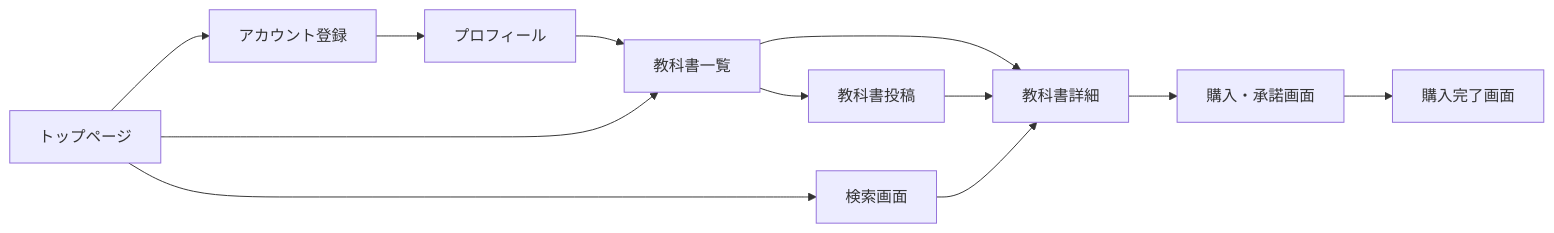
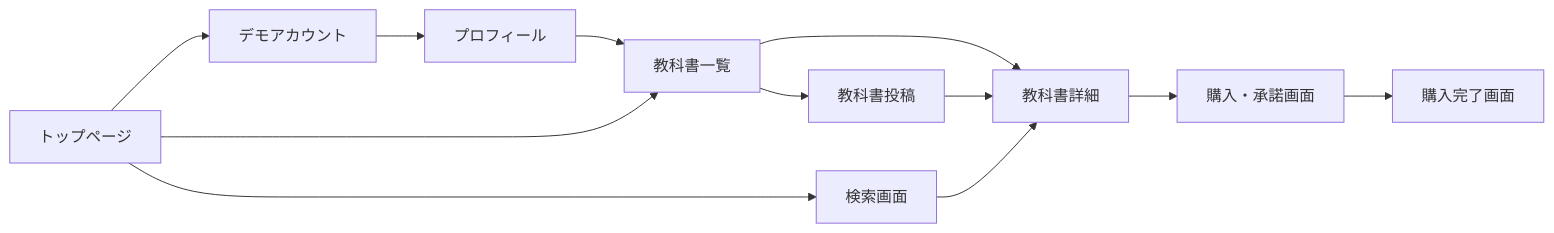
The third of 6 diagrams in README.md (Shundai0110/webproFinalApp), drawn with Mermaid before and after one commit. The commit also changed other lines of this file and 1 other file, not shown here.

````diff
--- a/README.md
+++ b/README.md
@@ -479,24 +505,24 @@
 ```mermaid
 flowchart LR
     Top[トップページ]
-    Register[アカウント登録]
+    Register[デモアカウント]
     Profile[プロフィール]
     Books[教科書一覧]
     Search[検索画面]
     NewBook[教科書投稿]
     Detail[教科書詳細]
     Transaction[購入・承諾画面]
     Complete[購入完了画面]
 
     Top --> Register
     Top --> Books
     Top --> Search
     Register --> Profile
     Profile --> Books
     Books --> Detail
     Search --> Detail
     Books --> NewBook
     NewBook --> Detail
     Detail --> Transaction
     Transaction --> Complete
 ```
````
